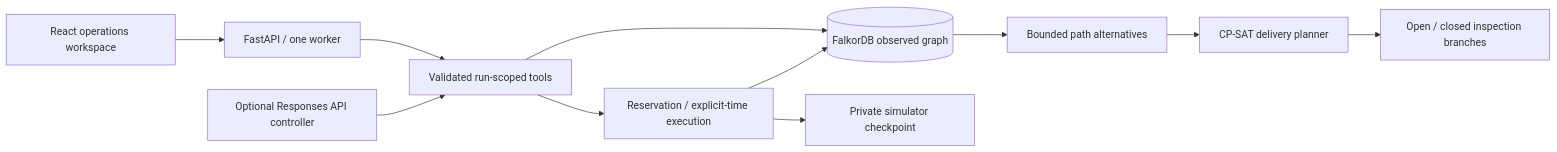
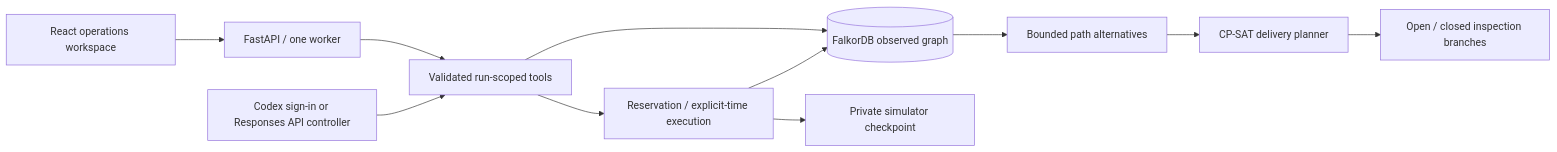
The diagram in README.md (harshitdeora/lastmile), drawn with Mermaid before and after one commit. The commit also changed other lines of this file and 24 other files, not shown here.

````diff
--- a/README.md
+++ b/README.md
@@ -55,13 +65,13 @@
 ```mermaid
 flowchart LR
   UI[React operations workspace] --> API[FastAPI / one worker]
   API --> Tools[Validated run-scoped tools]
   Tools --> Graph[(FalkorDB observed graph)]
   Graph --> Paths[Bounded path alternatives]
   Paths --> Solver[CP-SAT delivery planner]
   Solver --> Value[Open / closed inspection branches]
   Tools --> Execution[Reservation / explicit-time execution]
   Execution --> Private[Private simulator checkpoint]
   Execution --> Graph
-  LLM[Optional Responses API controller] --> Tools
+  LLM[Codex sign-in or Responses API controller] --> Tools
 ```
````
